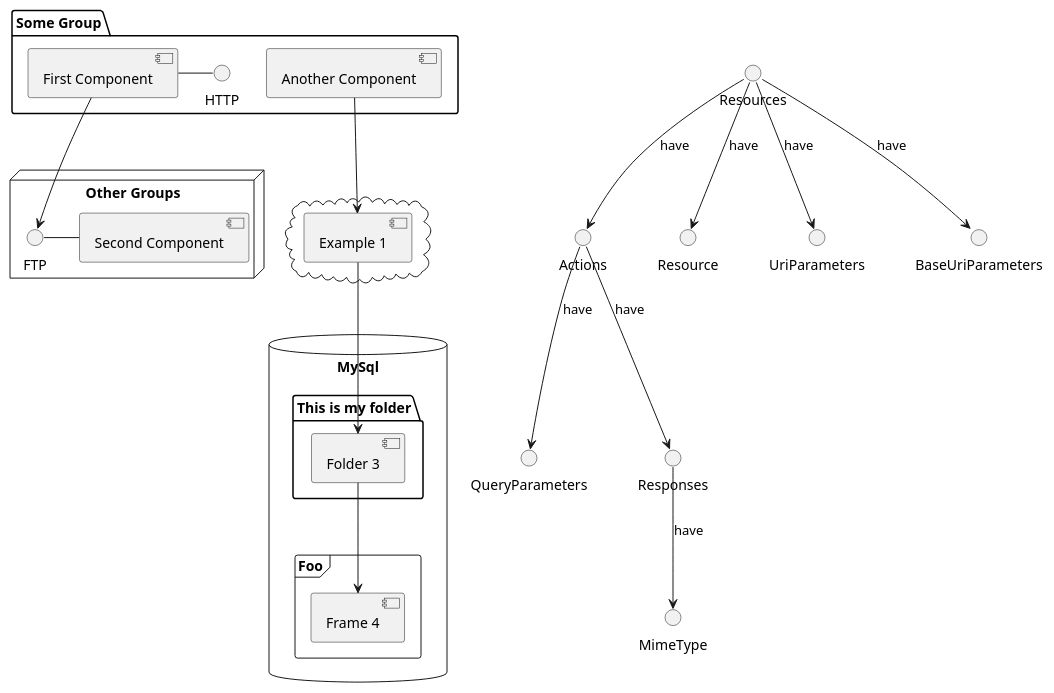
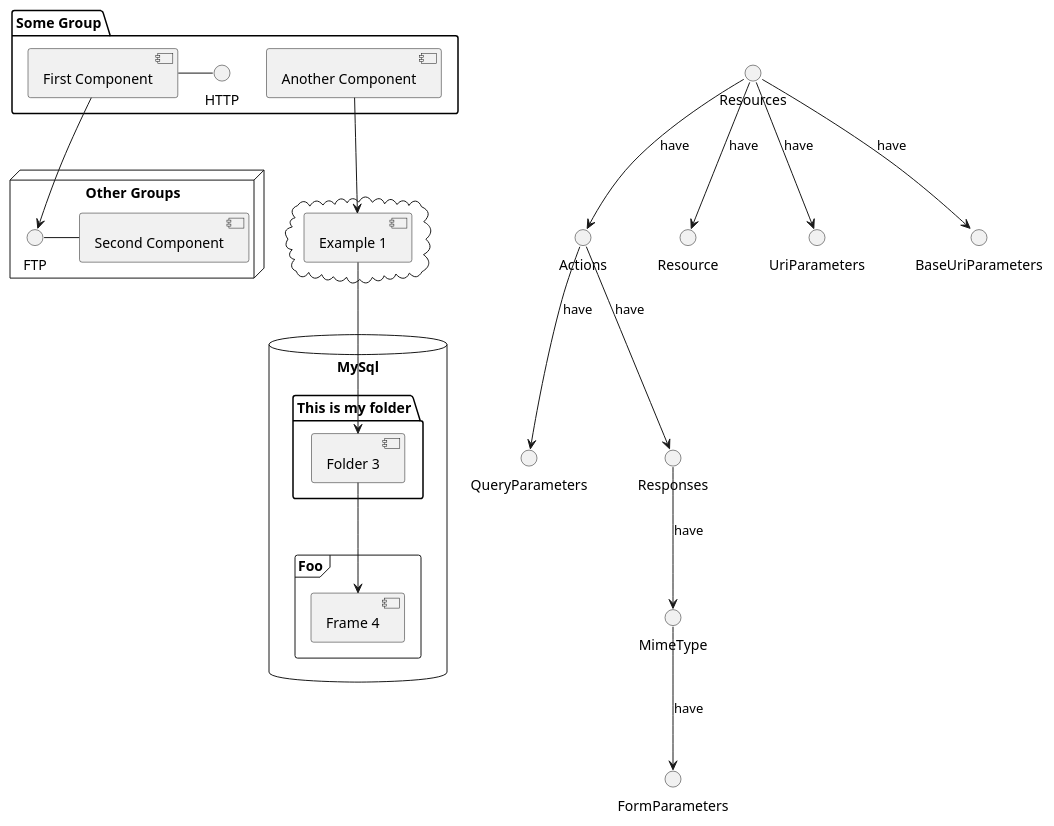
Before and after one commit to jorgwel/r2r: the diagram in documentation/api_artifacts.puml, drawn with PlantUML. The commit also changed 6 other files, not shown here.

Commit message:
Added support for Form Parameters

```diff
--- a/documentation/api_artifacts.puml
+++ b/documentation/api_artifacts.puml
@@ -1,41 +1,42 @@
 @startuml
 
 	Resources --> Actions: have
 	Resources --> Resource: have
 	Resources --> UriParameters: have
 	Resources --> BaseUriParameters: have
 	Actions --> QueryParameters: have
 	Actions --> Responses: have
 	Responses --> MimeType: have
+	MimeType --> FormParameters: have
 
 	package "Some Group" {
 		HTTP - [First Component]
 		[Another Component]
 	}
  
 node "Other Groups" {
   FTP - [Second Component]
   [First Component] --> FTP
 } 
 
 cloud {
   [Example 1]
 }
 
 
 database "MySql" {
   folder "This is my folder" {
     [Folder 3]
   }
   frame "Foo" {
     [Frame 4]
   }
 }
 
 
 [Another Component] --> [Example 1]
 [Example 1] --> [Folder 3]
 [Folder 3] --> [Frame 4]
 
 
 @enduml
```
